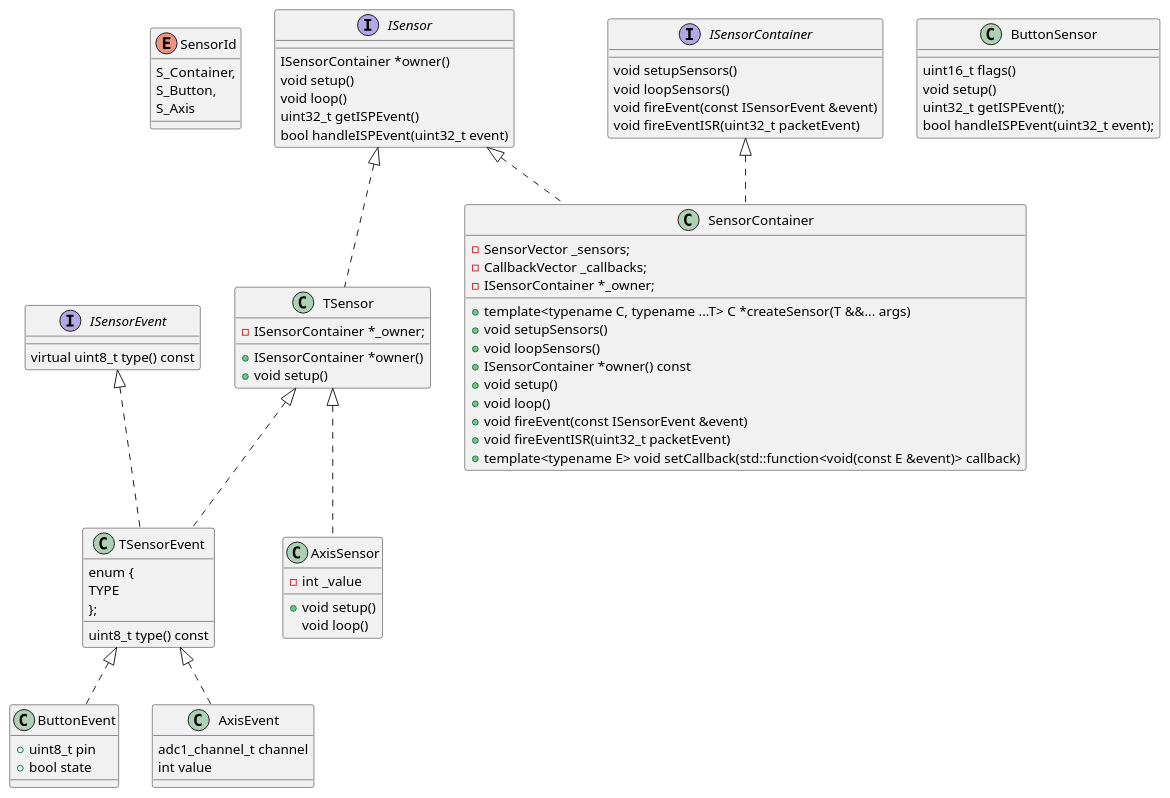
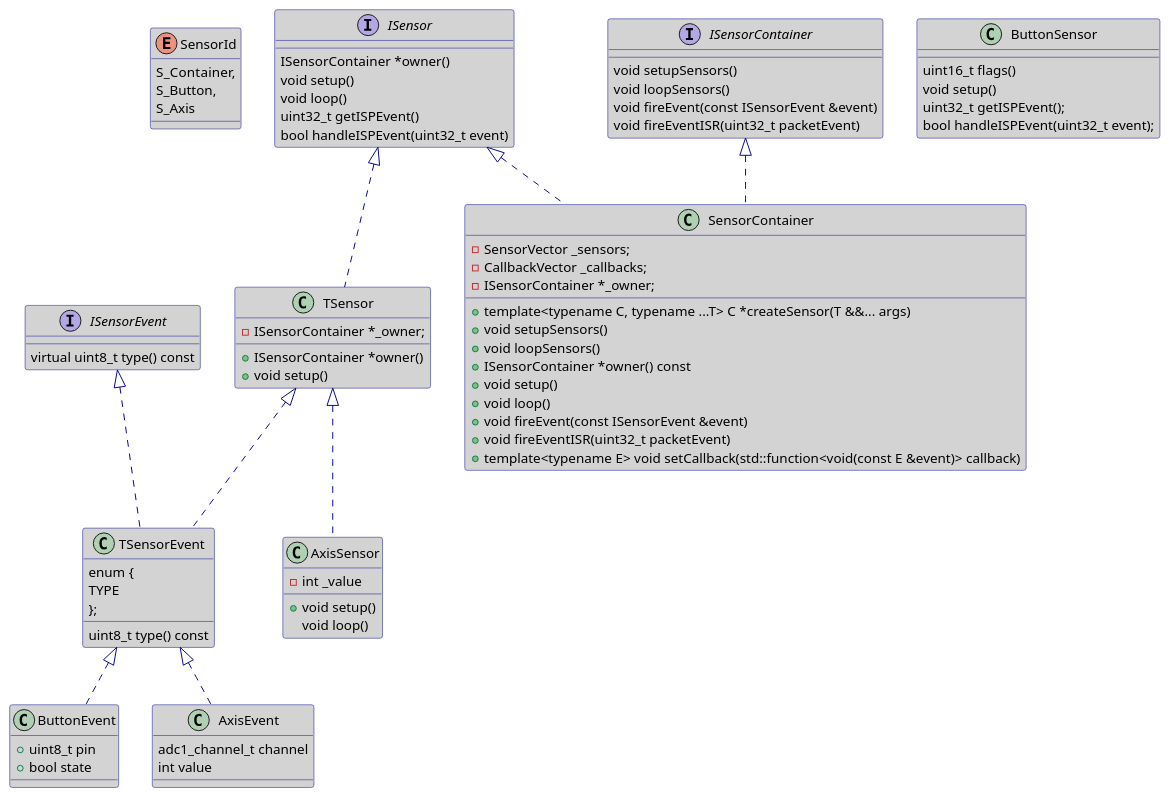
One commit to darvik80/esp32-core changed the diagram in puml/Sensor.puml. Above: the diagram before and after it, drawn with PlantUML. The commit also changed 1 other file, not shown here.

```diff
--- a/puml/Sensor.puml
+++ b/puml/Sensor.puml
@@ -1,98 +1,103 @@
 @startuml
 'https://plantuml.com/class-diagram
+
+skinparam backgroundColor White
+skinparam classBackgroundColor LightGray
+skinparam arrowColor DarkBlue
+skinparam classBorderColor DarkBlue
 
 enum SensorId {
     S_Container,
     S_Button,
     S_Axis
 }
 
 interface ISensorEvent {
     virtual uint8_t type() const
 }
 
 interface ISensor {
     ISensorContainer *owner()
     void setup()
     void loop()
     uint32_t getISPEvent()
     bool handleISPEvent(uint32_t event)
 }
 
 interface ISensorContainer {
     void setupSensors()
     void loopSensors()
     void fireEvent(const ISensorEvent &event)
     void fireEventISR(uint32_t packetEvent)
 }
 
 class TSensorEvent {
     enum {
         TYPE
     };
 
     uint8_t type() const
 }
 
 ISensorEvent <|.. TSensorEvent
 
 class TSensor {
     -ISensorContainer *_owner;
     +ISensorContainer *owner()
     +void setup()
 }
 
 ISensor <|.. TSensor
 
 class SensorContainer {
     -SensorVector _sensors;
     -CallbackVector _callbacks;
     -ISensorContainer *_owner;
     +template<typename C, typename ...T> C *createSensor(T &&... args)
     +void setupSensors()
     +void loopSensors()
     +ISensorContainer *owner() const
     +void setup()
     +void loop()
     +void fireEvent(const ISensorEvent &event)
     +void fireEventISR(uint32_t packetEvent)
     +template<typename E> void setCallback(std::function<void(const E &event)> callback)
 }
 
 
 ISensor <|.. SensorContainer
 ISensorContainer <|.. SensorContainer
 
 
 class ButtonEvent {
     +uint8_t pin
     +bool state
 }
 
 TSensorEvent <|.. ButtonEvent
 
 class ButtonSensor  {
     uint16_t flags()
     void setup()
     uint32_t getISPEvent();
     bool handleISPEvent(uint32_t event);
 }
 
 TSensor <|.. TSensorEvent
 
 class AxisEvent {
     adc1_channel_t channel
     int value
 }
 
 TSensorEvent <|.. AxisEvent
 
 class AxisSensor {
     -int _value
     +void setup()
     void loop()
 }
 
 TSensor <|.. AxisSensor
 
 @enduml
```
